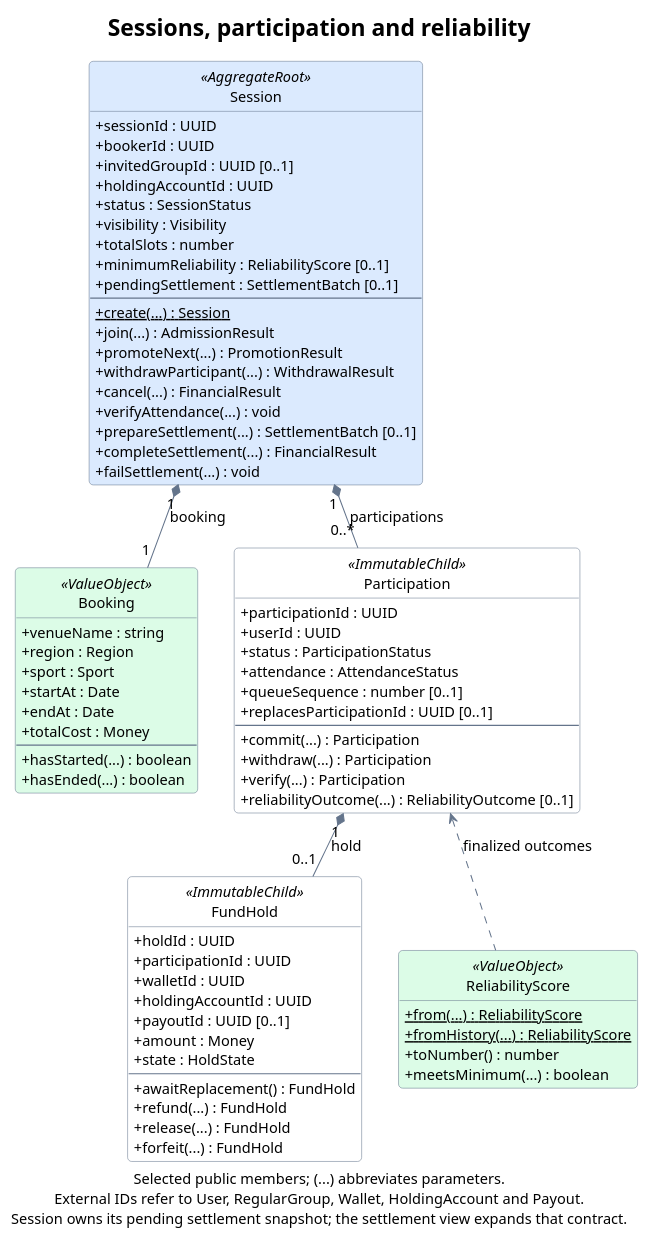
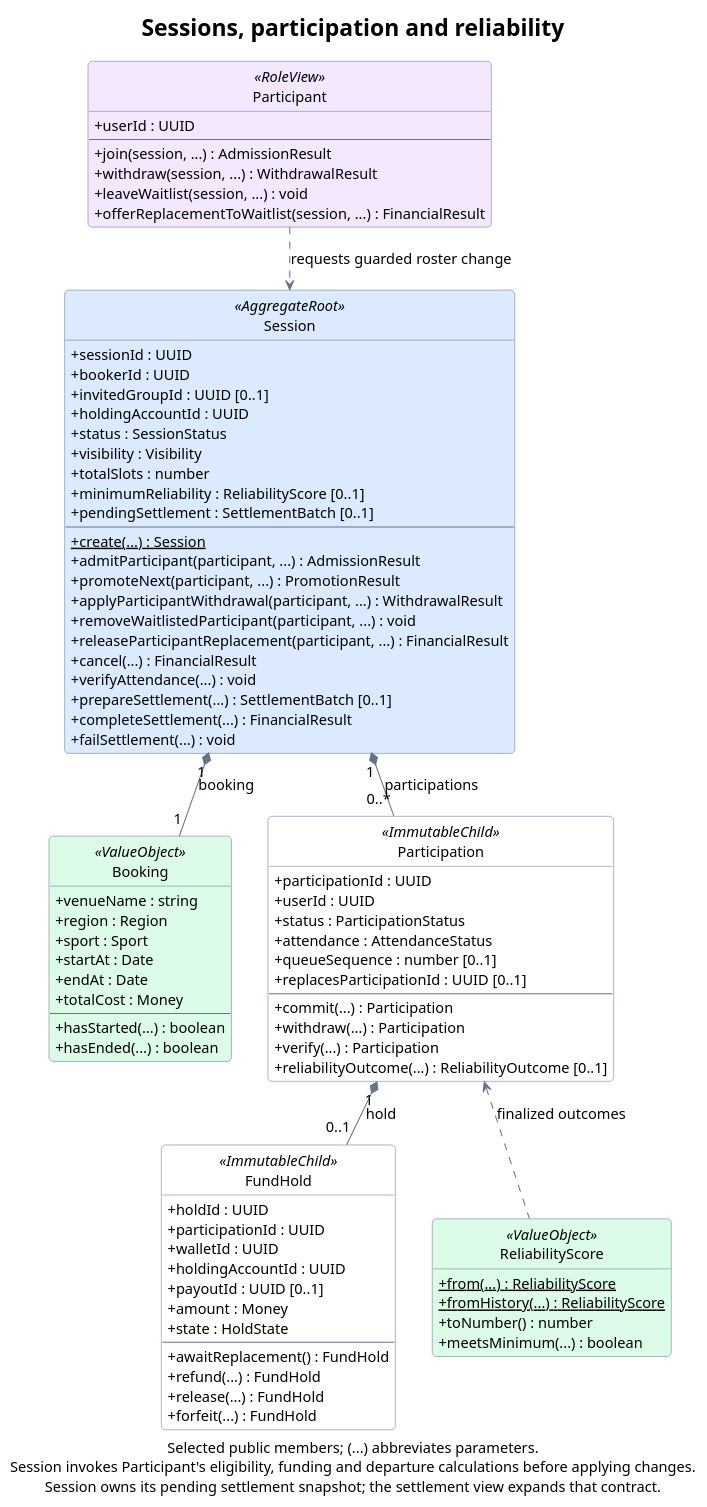
One commit to rbrishi15/booking-web-manager changed the diagram in docs/diagrams/domain-sessions.puml. Above: the diagram before and after it, drawn with PlantUML. The commit also changed 28 other files, not shown here.

```diff
--- a/docs/diagrams/domain-sessions.puml
+++ b/docs/diagrams/domain-sessions.puml
@@ -1,101 +1,114 @@
 @startuml domain-sessions
 title Sessions, participation and reliability
 
 top to bottom direction
 hide empty members
 hide circle
 skinparam backgroundColor #FFFFFF
 skinparam shadowing false
 skinparam roundcorner 8
 skinparam defaultFontName SansSerif
 skinparam defaultFontSize 14
 skinparam titleFontSize 22
 skinparam ArrowColor #64748B
 skinparam classBorderColor #64748B
 skinparam classBackgroundColor #FFFFFF
 skinparam classBackgroundColor<<AggregateRoot>> #DBEAFE
 skinparam classBackgroundColor<<ValueObject>> #DCFCE7
+skinparam classBackgroundColor<<RoleView>> #F3E8FF
 skinparam classAttributeIconSize 0
 skinparam linetype polyline
 skinparam nodesep 35
 skinparam ranksep 40
 
 class Session <<AggregateRoot>> {
   +sessionId : UUID
   +bookerId : UUID
   +invitedGroupId : UUID [0..1]
   +holdingAccountId : UUID
   +status : SessionStatus
   +visibility : Visibility
   +totalSlots : number
   +minimumReliability : ReliabilityScore [0..1]
   +pendingSettlement : SettlementBatch [0..1]
   --
   {static} +create(...) : Session
-  +join(...) : AdmissionResult
-  +promoteNext(...) : PromotionResult
-  +withdrawParticipant(...) : WithdrawalResult
+  +admitParticipant(participant, ...) : AdmissionResult
+  +promoteNext(participant, ...) : PromotionResult
+  +applyParticipantWithdrawal(participant, ...) : WithdrawalResult
+  +removeWaitlistedParticipant(participant, ...) : void
+  +releaseParticipantReplacement(participant, ...) : FinancialResult
   +cancel(...) : FinancialResult
   +verifyAttendance(...) : void
   +prepareSettlement(...) : SettlementBatch [0..1]
   +completeSettlement(...) : FinancialResult
   +failSettlement(...) : void
+}
+
+class Participant <<RoleView>> {
+  +userId : UUID
+  --
+  +join(session, ...) : AdmissionResult
+  +withdraw(session, ...) : WithdrawalResult
+  +leaveWaitlist(session, ...) : void
+  +offerReplacementToWaitlist(session, ...) : FinancialResult
 }
 
 class Booking <<ValueObject>> {
   +venueName : string
   +region : Region
   +sport : Sport
   +startAt : Date
   +endAt : Date
   +totalCost : Money
   --
   +hasStarted(...) : boolean
   +hasEnded(...) : boolean
 }
 
 class Participation <<ImmutableChild>> {
   +participationId : UUID
   +userId : UUID
   +status : ParticipationStatus
   +attendance : AttendanceStatus
   +queueSequence : number [0..1]
   +replacesParticipationId : UUID [0..1]
   --
   +commit(...) : Participation
   +withdraw(...) : Participation
   +verify(...) : Participation
   +reliabilityOutcome(...) : ReliabilityOutcome [0..1]
 }
 
 class FundHold <<ImmutableChild>> {
   +holdId : UUID
   +participationId : UUID
   +walletId : UUID
   +holdingAccountId : UUID
   +payoutId : UUID [0..1]
   +amount : Money
   +state : HoldState
   --
   +awaitReplacement() : FundHold
   +refund(...) : FundHold
   +release(...) : FundHold
   +forfeit(...) : FundHold
 }
 
 class ReliabilityScore <<ValueObject>> {
   {static} +from(...) : ReliabilityScore
   {static} +fromHistory(...) : ReliabilityScore
   +toNumber() : number
   +meetsMinimum(...) : boolean
 }
 
 Session "1" *-down- "1" Booking : booking
+Participant .down.> Session : requests guarded roster change
 Session "1" *-down- "0..*" Participation : participations
 Participation "1" *-down- "0..1" FundHold : hold
 ReliabilityScore .up.> Participation : finalized outcomes
 Booking -[hidden]right- Participation
 FundHold -[hidden]right- ReliabilityScore
 
-caption Selected public members; (...) abbreviates parameters.\nExternal IDs refer to User, RegularGroup, Wallet, HoldingAccount and Payout.\nSession owns its pending settlement snapshot; the settlement view expands that contract.
+caption Selected public members; (...) abbreviates parameters.\nSession invokes Participant's eligibility, funding and departure calculations before applying changes.\nSession owns its pending settlement snapshot; the settlement view expands that contract.
 @enduml
```
